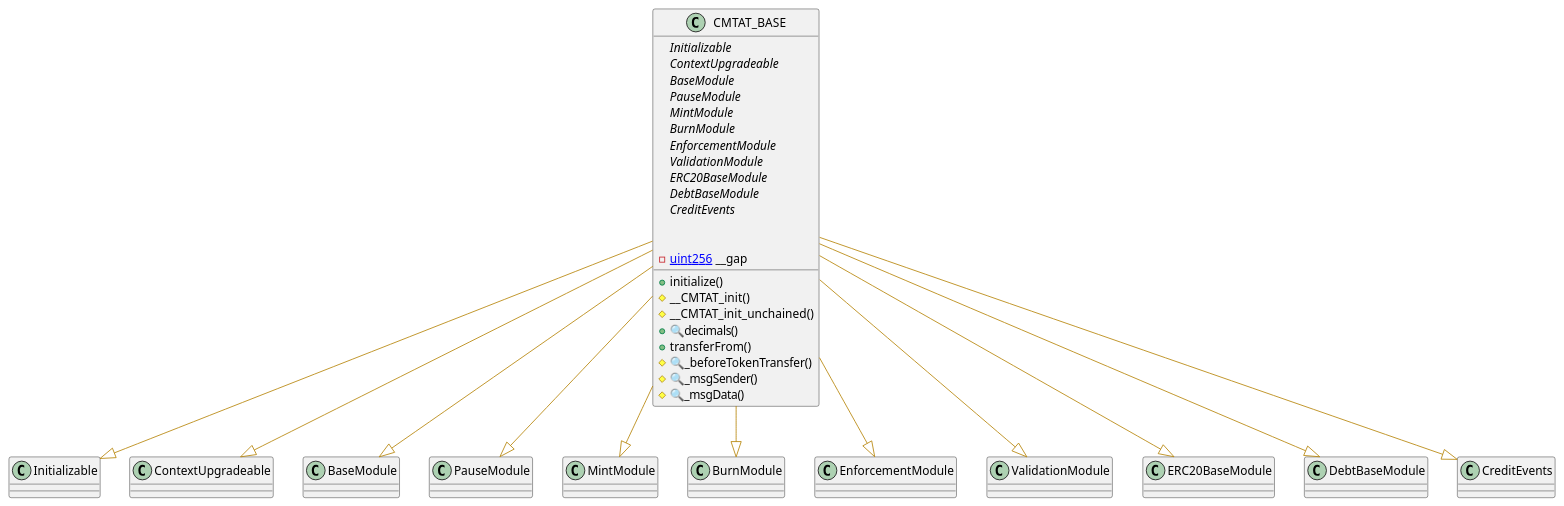
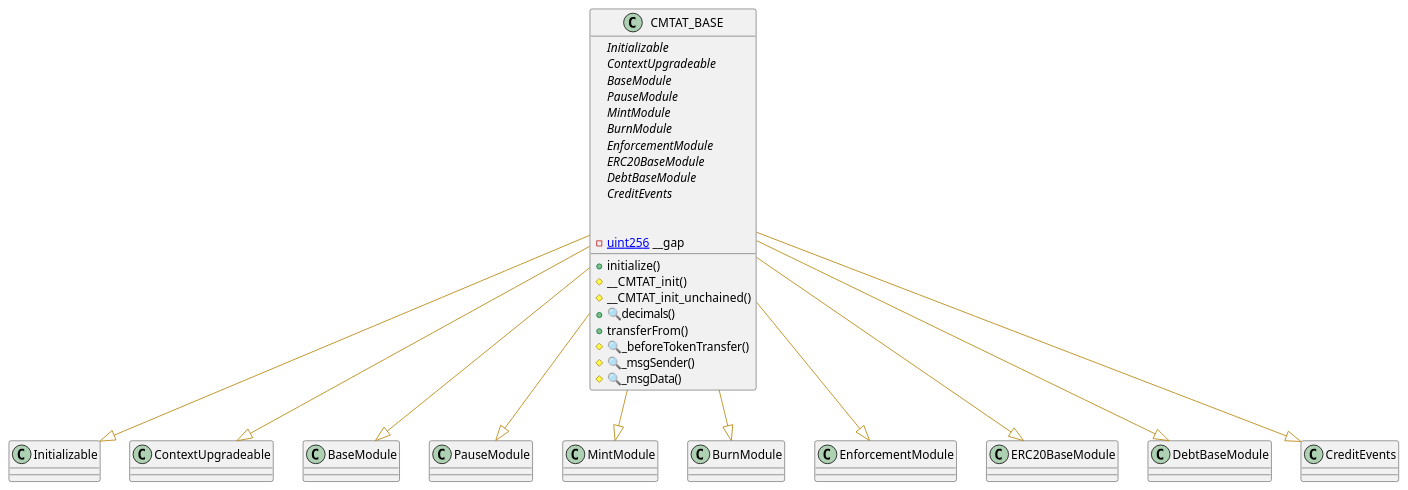
Before and after one commit to CMTA/CMTAT: the diagram in doc/general/schema/PlantUML/CMTAT_BASE_plantUML.wsd, drawn with PlantUML. The commit also changed 41 other files, not shown here.

Commit message:
Remove Validation optional module

```diff
--- a/doc/general/schema/PlantUML/CMTAT_BASE_plantUML.wsd
+++ b/doc/general/schema/PlantUML/CMTAT_BASE_plantUML.wsd
@@ -1,55 +1,53 @@
 @startuml
 ' -- generated by: https://marketplace.visualstudio.com/items?itemName=tintinweb.solidity-visual-auditor
 '
 ' -- for auto-render install: https://marketplace.visualstudio.com/items?itemName=jebbs.plantuml
 ' -- options --
 
 
 
 ' -- classes --
 
 
 class CMTAT_BASE {
     ' -- inheritance --
 	{abstract}Initializable
 	{abstract}ContextUpgradeable
 	{abstract}BaseModule
 	{abstract}PauseModule
 	{abstract}MintModule
 	{abstract}BurnModule
 	{abstract}EnforcementModule
-	{abstract}ValidationModule
 	{abstract}ERC20BaseModule
 	{abstract}DebtBaseModule
 	{abstract}CreditEvents
 
     ' -- usingFor --
 
     ' -- vars --
 	-[[uint256]] __gap
 
     ' -- methods --
 	+initialize()
 	#__CMTAT_init()
 	#__CMTAT_init_unchained()
 	+🔍decimals()
 	+transferFrom()
 	#🔍_beforeTokenTransfer()
 	#🔍_msgSender()
 	#🔍_msgData()
 
 }
 ' -- inheritance / usingFor --
 CMTAT_BASE --[#DarkGoldenRod]|> Initializable
 CMTAT_BASE --[#DarkGoldenRod]|> ContextUpgradeable
 CMTAT_BASE --[#DarkGoldenRod]|> BaseModule
 CMTAT_BASE --[#DarkGoldenRod]|> PauseModule
 CMTAT_BASE --[#DarkGoldenRod]|> MintModule
 CMTAT_BASE --[#DarkGoldenRod]|> BurnModule
 CMTAT_BASE --[#DarkGoldenRod]|> EnforcementModule
-CMTAT_BASE --[#DarkGoldenRod]|> ValidationModule
 CMTAT_BASE --[#DarkGoldenRod]|> ERC20BaseModule
 CMTAT_BASE --[#DarkGoldenRod]|> DebtBaseModule
 CMTAT_BASE --[#DarkGoldenRod]|> CreditEvents
 
 @enduml
```
